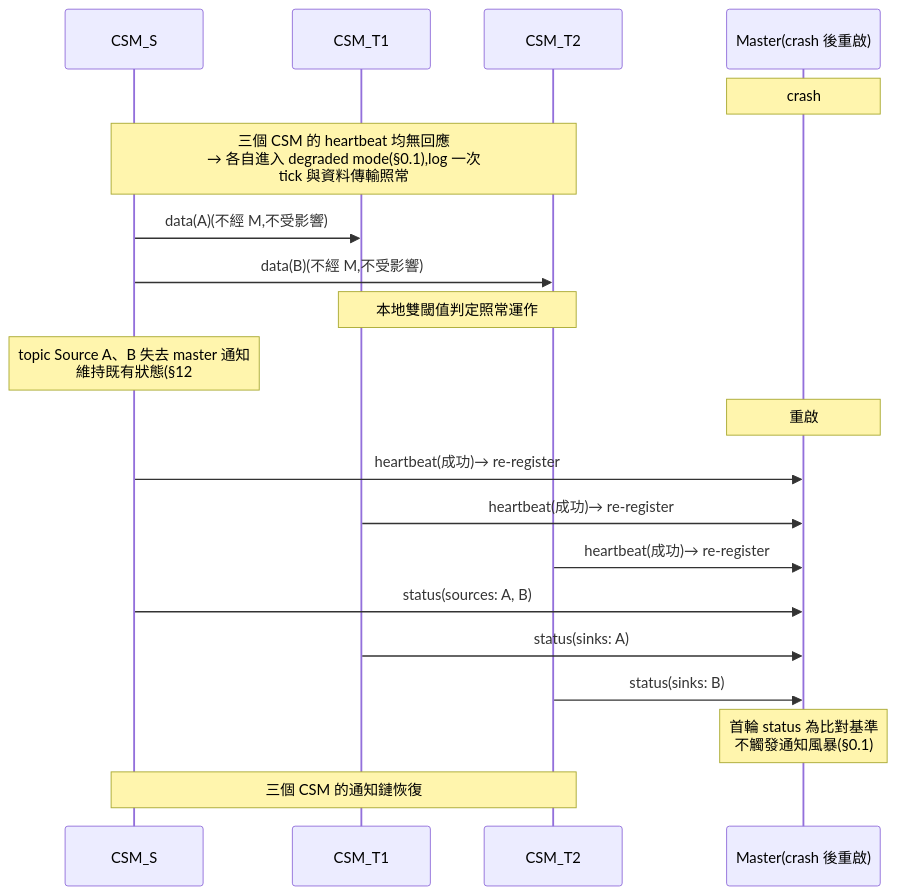
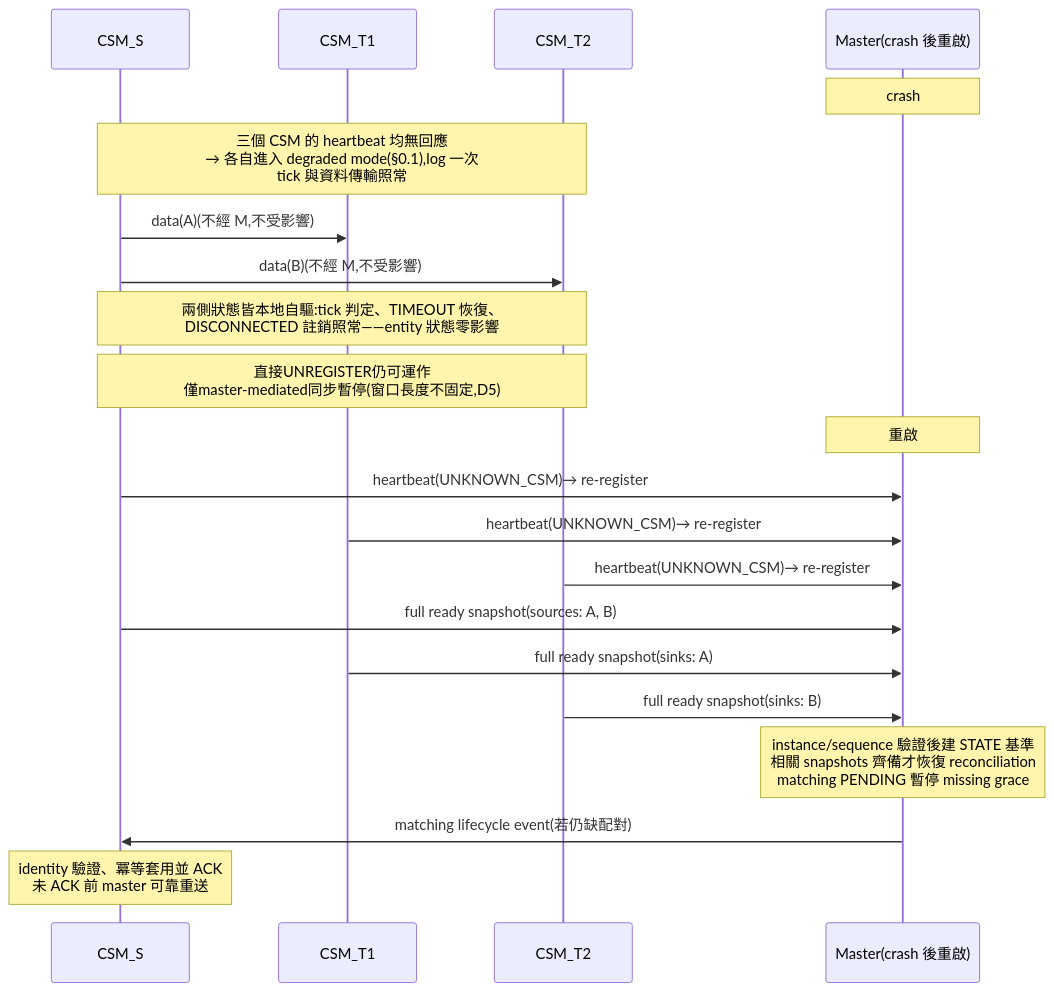
Before and after one commit to cocobird231/rv2_project: diagram 18 of 43 in r1_design_draft.md, drawn with Mermaid. The commit also changed other lines of this file and 1 other file, not shown here.

Commit message:
docs: integrate timeout and disconnect design v1.1.0

````diff
--- a/r1_design_draft.md
+++ b/r1_design_draft.md
@@ -1795,24 +2564,25 @@
 ```mermaid
 sequenceDiagram
     participant S as CSM_S
     participant T1 as CSM_T1
     participant T2 as CSM_T2
     participant M as Master(crash 後重啟)
 
     Note over M: crash
     Note over S,T2: 三個 CSM 的 heartbeat 均無回應<br/>→ 各自進入 degraded mode(§0.1),log 一次<br/>tick 與資料傳輸照常
     S->>T1: data(A)(不經 M,不受影響)
     S->>T2: data(B)(不經 M,不受影響)
-    Note over T1,T2: 本地雙閾值判定照常運作
-    Note over S: topic Source A、B 失去 master 通知<br/>維持既有狀態(§12 #1 已知取捨)
+    Note over S,T2: 兩側狀態皆本地自驅:tick 判定、TIMEOUT 恢復、<br/>DISCONNECTED 註銷照常——entity 狀態零影響
+    Note over S,T2: 直接UNREGISTER仍可運作<br/>僅master-mediated同步暫停(窗口長度不固定,D5)
 
     Note over M: 重啟
-    S->>M: heartbeat(成功)→ re-register
-    T1->>M: heartbeat(成功)→ re-register
-    T2->>M: heartbeat(成功)→ re-register
-    S->>M: status(sources: A, B)
-    T1->>M: status(sinks: A)
-    T2->>M: status(sinks: B)
-    Note over M: 首輪 status 為比對基準<br/>不觸發通知風暴(§0.1)
-    Note over S,T2: 三個 CSM 的通知鏈恢復
+    S->>M: heartbeat(UNKNOWN_CSM)→ re-register
+    T1->>M: heartbeat(UNKNOWN_CSM)→ re-register
+    T2->>M: heartbeat(UNKNOWN_CSM)→ re-register
+    S->>M: full ready snapshot(sources: A, B)
+    T1->>M: full ready snapshot(sinks: A)
+    T2->>M: full ready snapshot(sinks: B)
+    Note over M: instance/sequence 驗證後建 STATE 基準<br/>相關 snapshots 齊備才恢復 reconciliation<br/>matching PENDING 暫停 missing grace
+    M->>S: matching lifecycle event(若仍缺配對)
+    Note over S: identity 驗證、冪等套用並 ACK<br/>未 ACK 前 master 可靠重送
 ```
````
